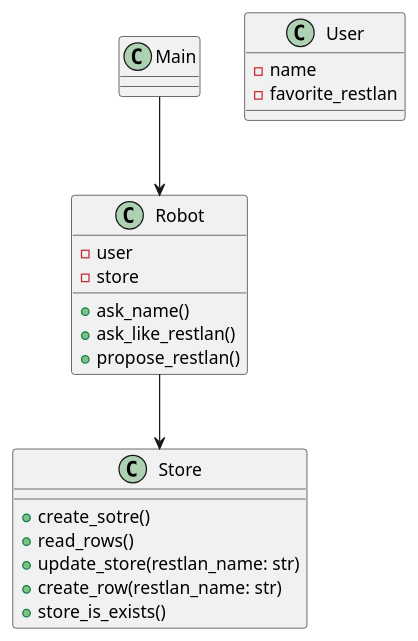
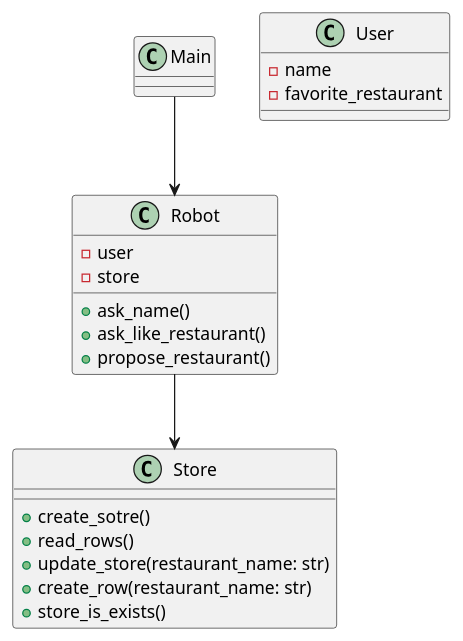
The diagram in src/class.wsd (TOnodera/python-baseproject), drawn with PlantUML before and after one commit. The commit also changed 4 other files, not shown here.

```diff
--- a/src/class.wsd
+++ b/src/class.wsd
@@ -1,30 +1,30 @@
 @startuml
 
 class Main
 
 class Robot{
     -user
     -store
     +ask_name()
-    +ask_like_restlan()
-    +propose_restlan()
+    +ask_like_restaurant()
+    +propose_restaurant()
 }
 
 class Store{
     +create_sotre()
     +read_rows()
-    +update_store(restlan_name: str)
-    +create_row(restlan_name: str)
+    +update_store(restaurant_name: str)
+    +create_row(restaurant_name: str)
     +store_is_exists()
 }
 
 class User{
     -name
-    -favorite_restlan
+    -favorite_restaurant
 }
 
 Main --> Robot
 Robot --> Store
 
 
 @enduml
```
